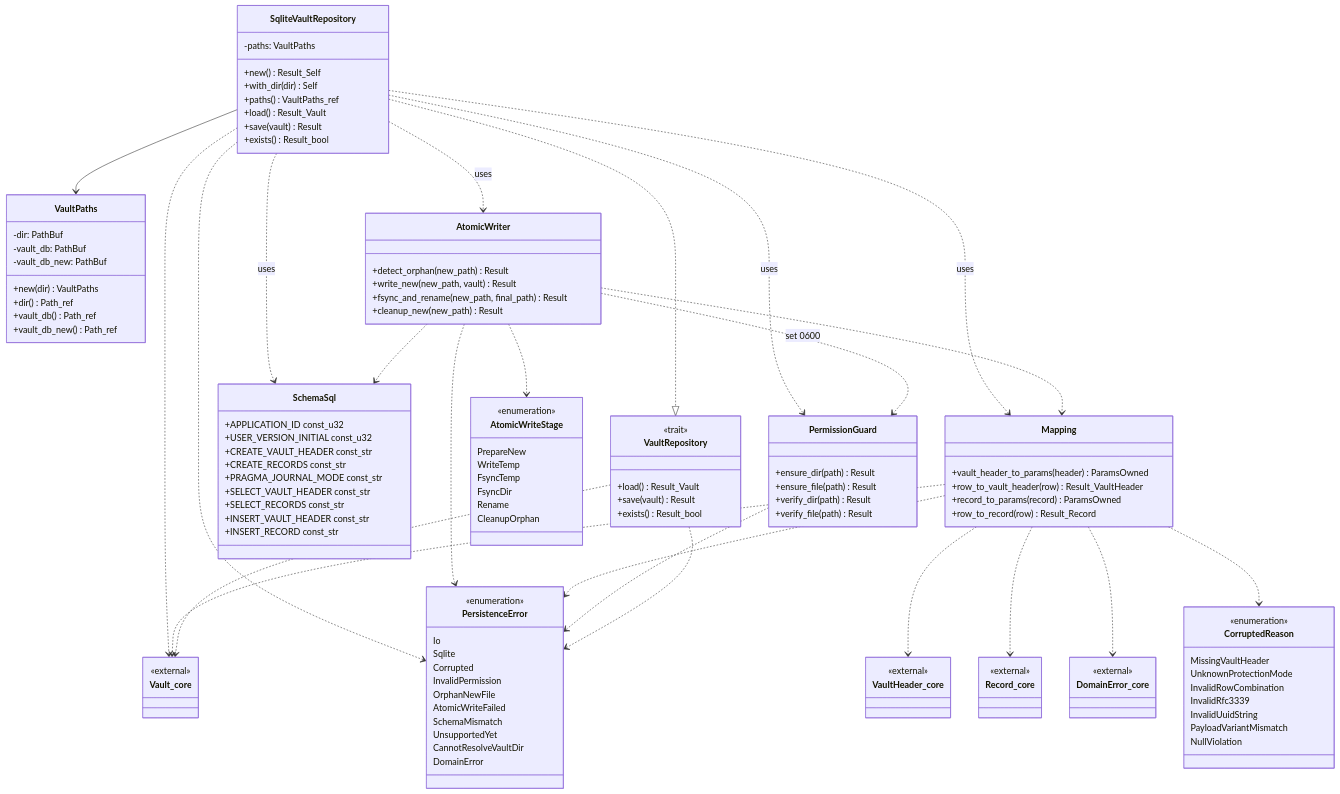
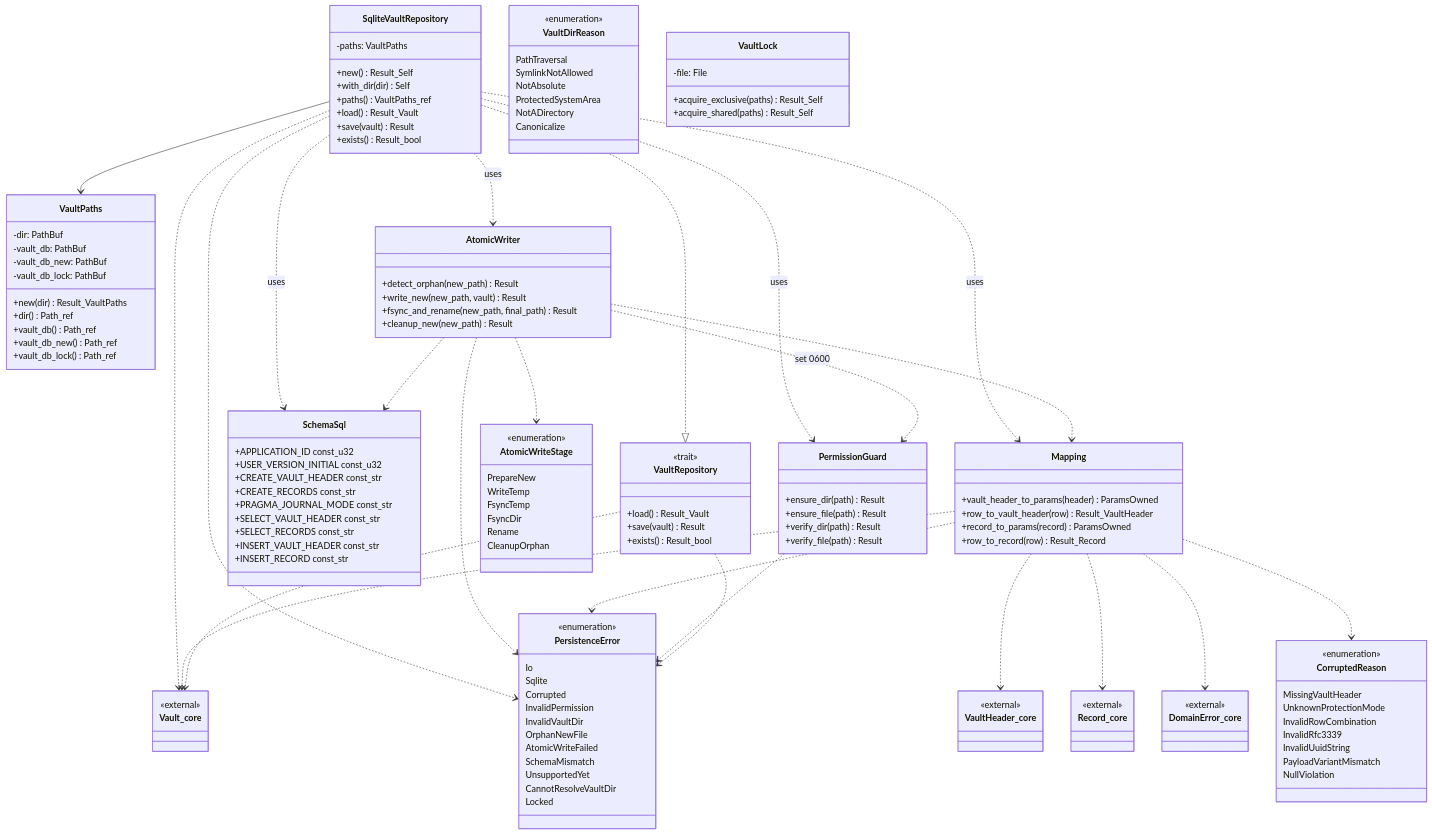
The diagram in docs/features/vault-persistence/detailed-design.md (shikomi-dev/shikomi), drawn with Mermaid before and after one commit. The commit also changed other lines of this file and 3 other files, not shown here.

```diff
--- a/docs/features/vault-persistence/detailed-design.md
+++ b/docs/features/vault-persistence/detailed-design.md
@@ -40,10 +40,12 @@
         -dir: PathBuf
         -vault_db: PathBuf
         -vault_db_new: PathBuf
-        +new(dir) VaultPaths
+        -vault_db_lock: PathBuf
+        +new(dir) Result_VaultPaths
         +dir() Path_ref
         +vault_db() Path_ref
         +vault_db_new() Path_ref
+        +vault_db_lock() Path_ref
     }
 
     class PermissionGuard {
@@ -85,12 +87,13 @@
         Sqlite
         Corrupted
         InvalidPermission
+        InvalidVaultDir
         OrphanNewFile
         AtomicWriteFailed
         SchemaMismatch
         UnsupportedYet
         CannotResolveVaultDir
-        DomainError
+        Locked
     }
 
     class CorruptedReason {
@@ -102,6 +105,22 @@
         InvalidUuidString
         PayloadVariantMismatch
         NullViolation
+    }
+
+    class VaultDirReason {
+        <<enumeration>>
+        PathTraversal
+        SymlinkNotAllowed
+        NotAbsolute
+        ProtectedSystemArea
+        NotADirectory
+        Canonicalize
+    }
+
+    class VaultLock {
+        -file: File
+        +acquire_exclusive(paths) Result_Self
+        +acquire_shared(paths) Result_Self
     }
 
     class AtomicWriteStage {
```
